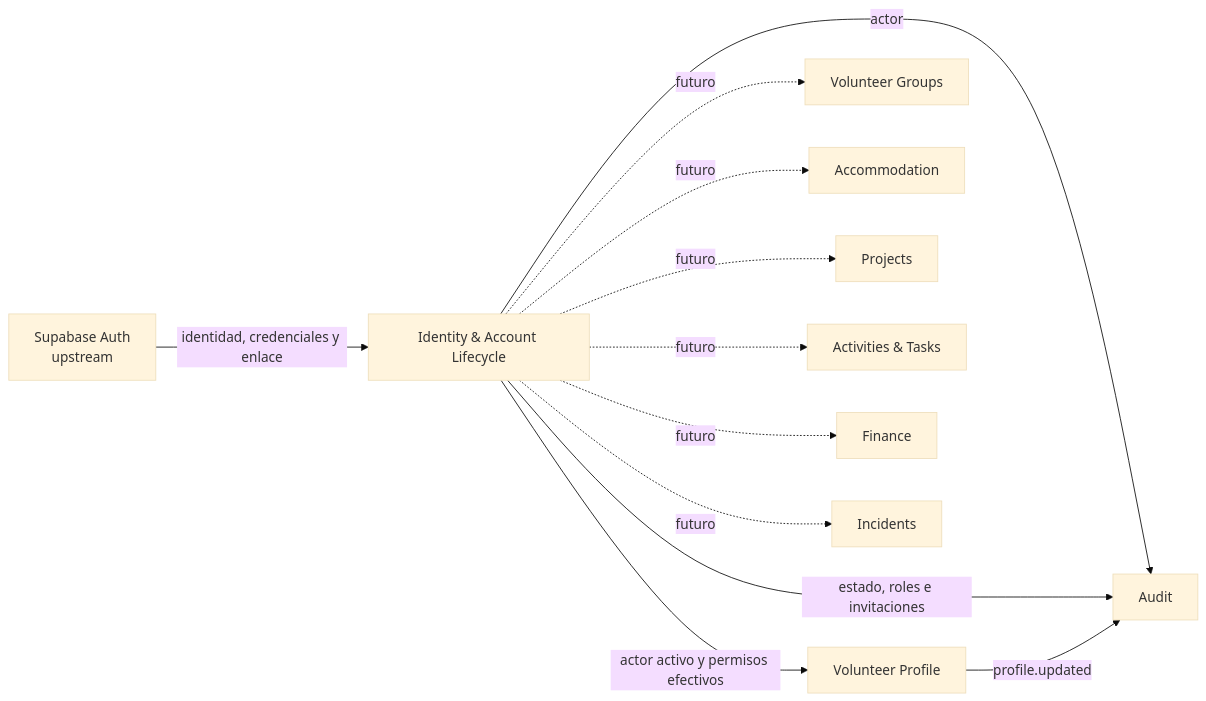
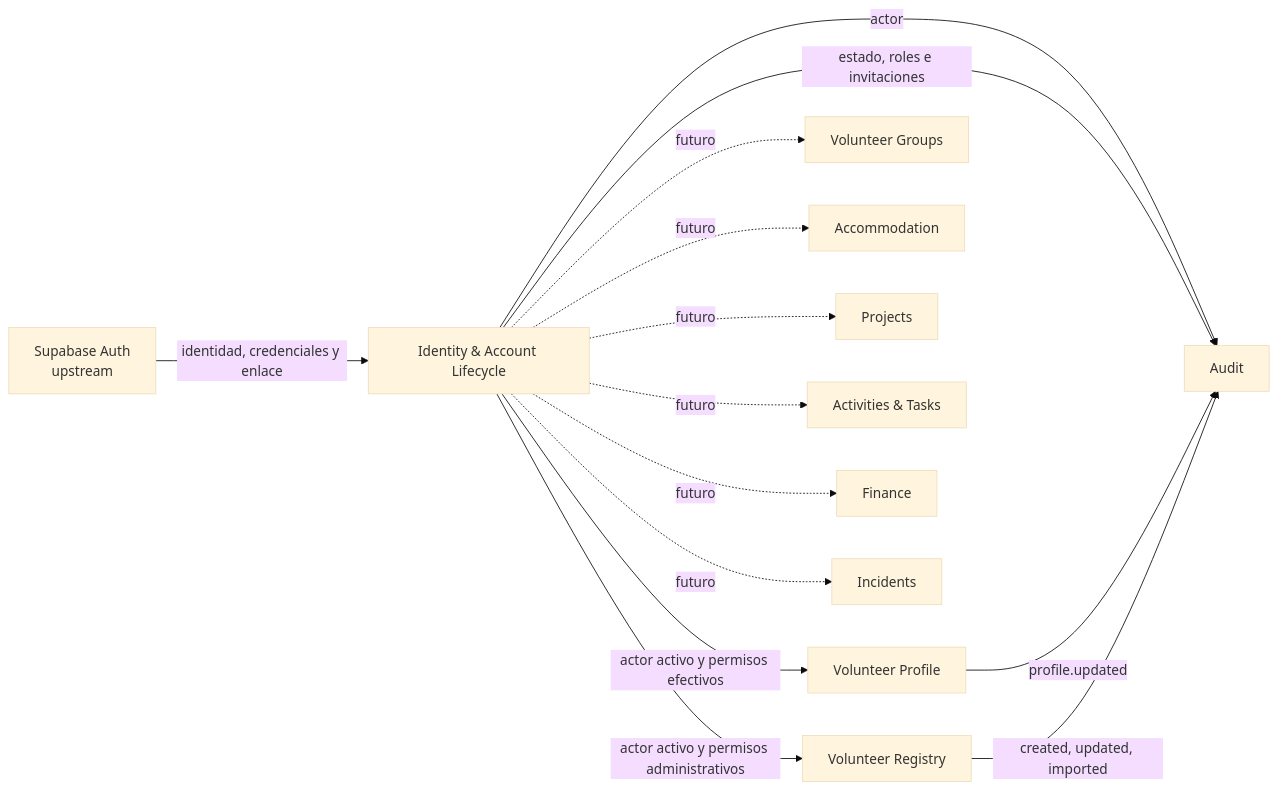
The first of 2 diagrams in docs/architecture/context-map.md (grovergonzalez8/Sistema-Voluntariado), drawn with Mermaid (base theme) before and after one commit. The commit also changed other lines of this file and 19 other files, not shown here.

````diff
--- a/docs/architecture/context-map.md
+++ b/docs/architecture/context-map.md
@@ -3,14 +3,16 @@
 ```mermaid
 flowchart LR
   Auth["Supabase Auth\nupstream"] -->|identidad, credenciales y enlace| Identity["Identity & Account Lifecycle"]
   Identity -->|actor activo y permisos efectivos| Profile["Volunteer Profile"]
+  Identity -->|actor activo y permisos administrativos| Registry["Volunteer Registry"]
   Identity -->|actor| Audit["Audit"]
   Identity -->|estado, roles e invitaciones| Audit
   Profile -->|profile.updated| Audit
+  Registry -->|created, updated, imported| Audit
   Identity -. futuro .-> Groups["Volunteer Groups"]
   Identity -. futuro .-> Accommodation["Accommodation"]
   Identity -. futuro .-> Projects["Projects"]
   Identity -. futuro .-> Work["Activities & Tasks"]
   Identity -. futuro .-> Finance["Finance"]
   Identity -. futuro .-> Incidents["Incidents"]
 ```
````
